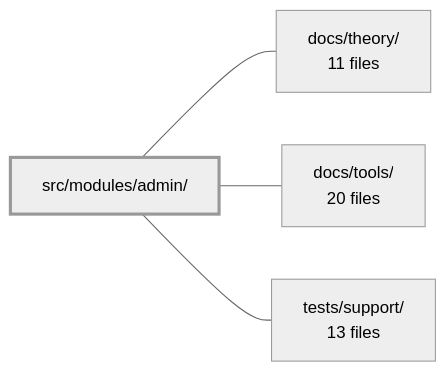
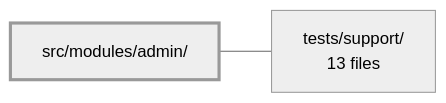
Before and after one commit to Guebbit/boilerplate-vue-frontend: the diagram in .2repo/modules/boilerplate-vue-frontend_src_modules_admin.md, drawn with Mermaid (neutral theme). The commit also changed other lines of this file and 335 other files, not shown here.

````diff
--- a/.2repo/modules/boilerplate-vue-frontend_src_modules_admin.md
+++ b/.2repo/modules/boilerplate-vue-frontend_src_modules_admin.md
@@ -38,11 +36,7 @@
 ```mermaid
 flowchart LR
     m_src_modules_admin["src/modules/admin/"]
-    m_docs_theory["docs/theory/<br/>11 files"]
-    m_docs_tools["docs/tools/<br/>20 files"]
     m_tests_support["tests/support/<br/>13 files"]
-    m_src_modules_admin --- m_docs_theory
-    m_src_modules_admin --- m_docs_tools
     m_src_modules_admin --- m_tests_support
     style m_src_modules_admin stroke-width:3px
 ```
````
